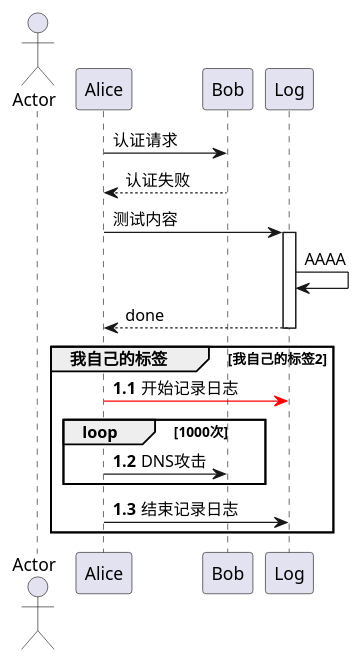
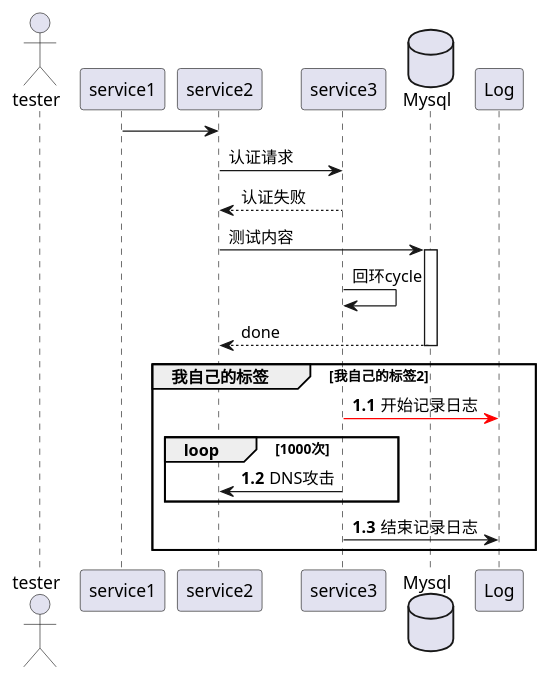
Before and after one commit to Finchleyy/spring-boot-hello: the diagram in src/main/resources/uml/testuml1.puml, drawn with PlantUML. The commit also changed 1 other file, not shown here.

```diff
--- a/src/main/resources/uml/testuml1.puml
+++ b/src/main/resources/uml/testuml1.puml
@@ -1,16 +1,22 @@
 @startuml
-actor Actor
-Alice -> Bob: 认证请求
+actor tester
+participant service1
+participant service2
+participant service3
+database Mysql
+
+service1 -> service2
+service2 -> service3: 认证请求
 return 认证失败
-Alice -> Log ++ : 测试内容
-Log -> Log : AAAA
+service2 -> Mysql ++ : 测试内容
+service3 -> service3 : 回环cycle
 return done
 autonumber 1.1
 group 我自己的标签 [我自己的标签2]
-    Alice -[#red]> Log : 开始记录日志
+    service3 -[#red]> Log : 开始记录日志
     loop 1000次
-        Alice -> Bob: DNS攻击
+        service3 -> service2: DNS攻击
     end
-    Alice -> Log : 结束记录日志
+    service3 -> Log : 结束记录日志
 end
 @enduml
```
